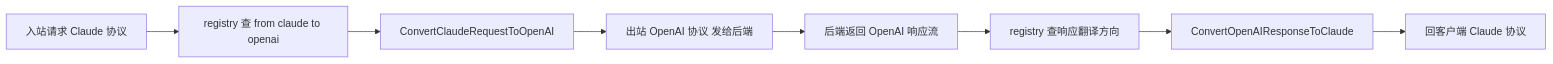
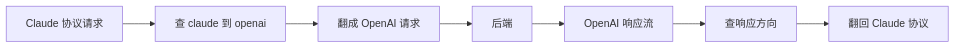
One commit to diguike/book-source-reading changed the second of 4 diagrams in book/01-cliproxyapi.md. Above: the diagram before and after it, drawn with Mermaid. The commit also changed other lines of this file and 14 other files, not shown here.

````diff
--- a/book/01-cliproxyapi.md
+++ b/book/01-cliproxyapi.md
@@ -202,10 +188,9 @@
 ```mermaid
 graph LR
-    A[入站请求 Claude 协议] --> B[registry 查 from claude to openai]
-    B --> C[ConvertClaudeRequestToOpenAI]
-    C --> D[出站 OpenAI 协议 发给后端]
-    D --> E[后端返回 OpenAI 响应流]
-    E --> F[registry 查响应翻译方向]
-    F --> G[ConvertOpenAIResponseToClaude]
-    G --> H[回客户端 Claude 协议]
+    A[Claude 协议请求] --> B[查 claude 到 openai]
+    B --> C[翻成 OpenAI 请求]
+    C --> D[后端]
+    D --> E[OpenAI 响应流]
+    E --> F[查响应方向]
+    F --> G[翻回 Claude 协议]
 ```
````
